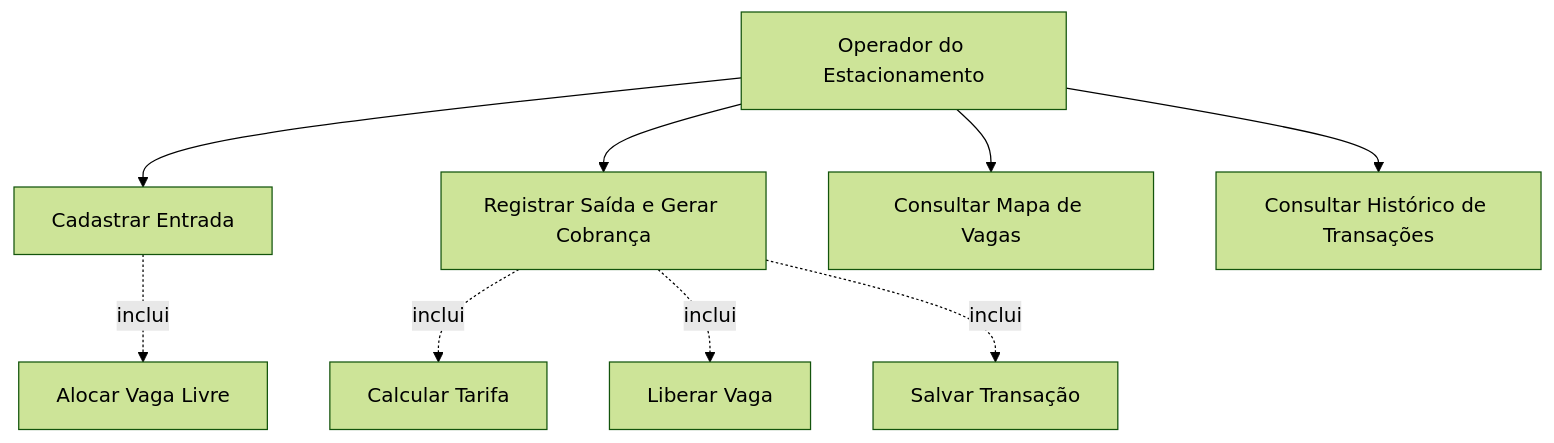
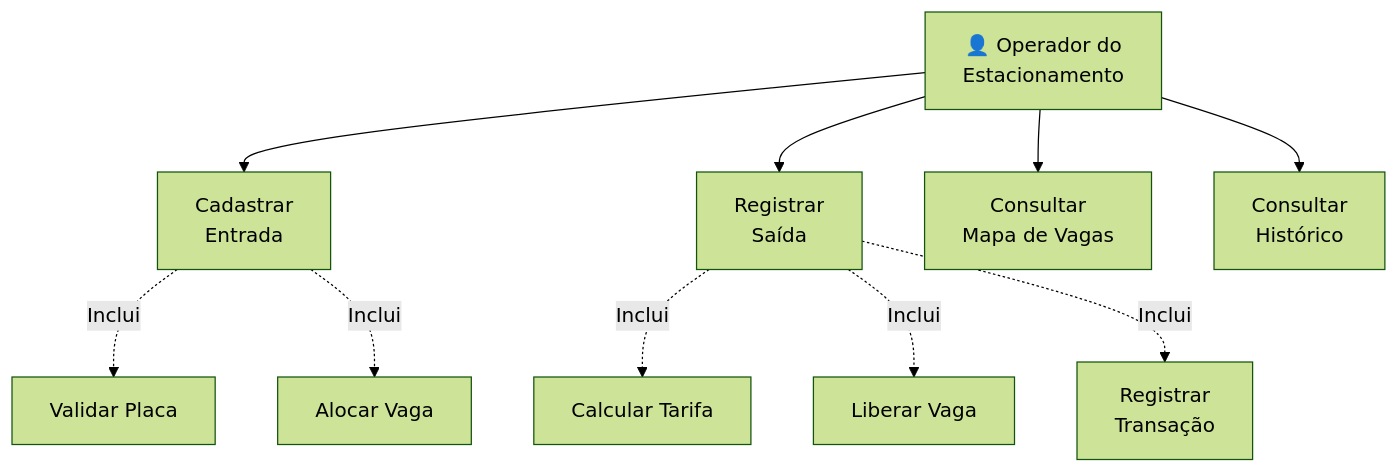
One commit to muriklo/park_manager changed the first of 2 diagrams in analise.md. Above: the diagram before and after it, drawn with Mermaid (forest theme). The commit also changed other lines of this file and 4 other files, not shown here.

````diff
--- a/analise.md
+++ b/analise.md
@@ -88,21 +74,19 @@
 ```mermaid
 graph TB
-    O[Operador do Estacionamento]
-    UC1[Cadastrar Entrada]
-    UC2[Registrar Saída e Gerar Cobrança]
-    UC3[Consultar Mapa de Vagas]
-    UC4[Consultar Histórico de Transações]
-    UC5[Alocar Vaga Livre]
-    UC6[Calcular Tarifa]
-    UC7[Liberar Vaga]
-    UC8[Salvar Transação]
-
+    O["👤 Operador do<br/>Estacionamento"]
+    UC1["Cadastrar<br/>Entrada"]
+    UC2["Registrar<br/>Saída"]
+    UC3["Consultar<br/>Mapa de Vagas"]
+    UC4["Consultar<br/>Histórico"]
+    
     O --> UC1
     O --> UC2
     O --> UC3
     O --> UC4
-    UC1 -. inclui .-> UC5
-    UC2 -. inclui .-> UC6
-    UC2 -. inclui .-> UC7
-    UC2 -. inclui .-> UC8
+    
+    UC1 -.Inclui.-> UC5["Validar Placa"]
+    UC1 -.Inclui.-> UC6["Alocar Vaga"]
+    UC2 -.Inclui.-> UC7["Calcular Tarifa"]
+    UC2 -.Inclui.-> UC8["Liberar Vaga"]
+    UC2 -.Inclui.-> UC9["Registrar<br/>Transação"]
 ```
````
